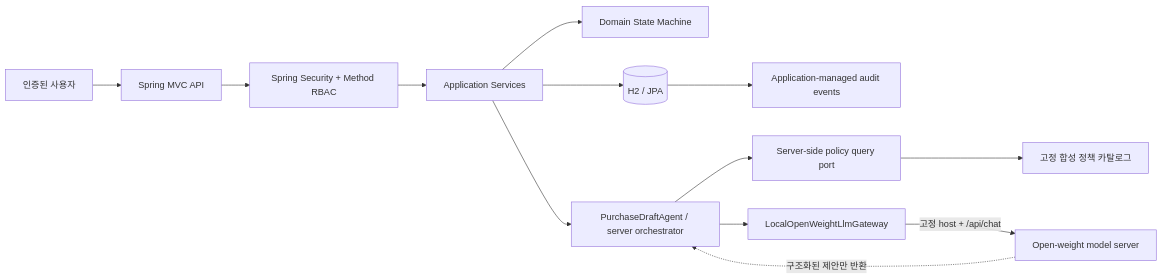
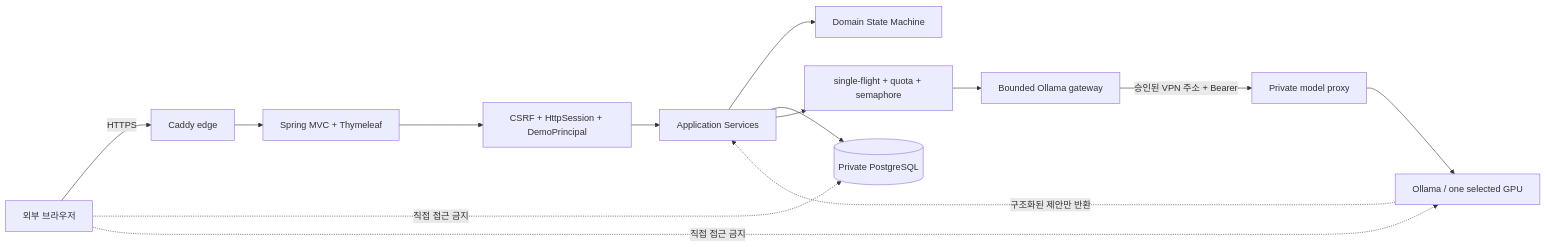
Before and after one commit to son1004007/engineering-career-portfolio: the diagram in 02_projects/opsmate-local/ARCHITECTURE.md, drawn with Mermaid. The commit also changed other lines of this file and 109 other files, not shown here.

````diff
--- a/02_projects/opsmate-local/ARCHITECTURE.md
+++ b/02_projects/opsmate-local/ARCHITECTURE.md
@@ -15,16 +16,17 @@
 ```mermaid
 flowchart LR
-    U["인증된 사용자"] --> API["Spring MVC API"]
-    API --> SEC["Spring Security + Method RBAC"]
+    U["외부 브라우저"] -->|"HTTPS"| EDGE["Caddy edge"]
+    EDGE --> WEB["Spring MVC + Thymeleaf"]
+    WEB --> SEC["CSRF + HttpSession + DemoPrincipal"]
     SEC --> APP["Application Services"]
     APP --> DOMAIN["Domain State Machine"]
-    APP --> DB[("H2 / JPA")]
-    APP --> ORCH["PurchaseDraftAgent / server orchestrator"]
-    ORCH --> POLICY["Server-side policy query port"]
-    POLICY --> CATALOG["고정 합성 정책 카탈로그"]
-    ORCH --> GW["LocalOpenWeightLlmGateway"]
-    GW -->|"고정 host + /api/chat"| OLLAMA["Open-weight model server"]
-    DB --> AUDIT["Application-managed audit events"]
+    APP --> DB[("Private PostgreSQL")]
+    APP --> COORD["single-flight + quota + semaphore"]
+    COORD --> GW["Bounded Ollama gateway"]
+    GW -->|"승인된 VPN 주소 + Bearer"| MP["Private model proxy"]
+    MP --> OLLAMA["Ollama / one selected GPU"]
 
-    OLLAMA -. "구조화된 제안만 반환" .-> ORCH
+    U -. "직접 접근 금지" .-> DB
+    U -. "직접 접근 금지" .-> OLLAMA
+    OLLAMA -. "구조화된 제안만 반환" .-> APP
 ```
````
